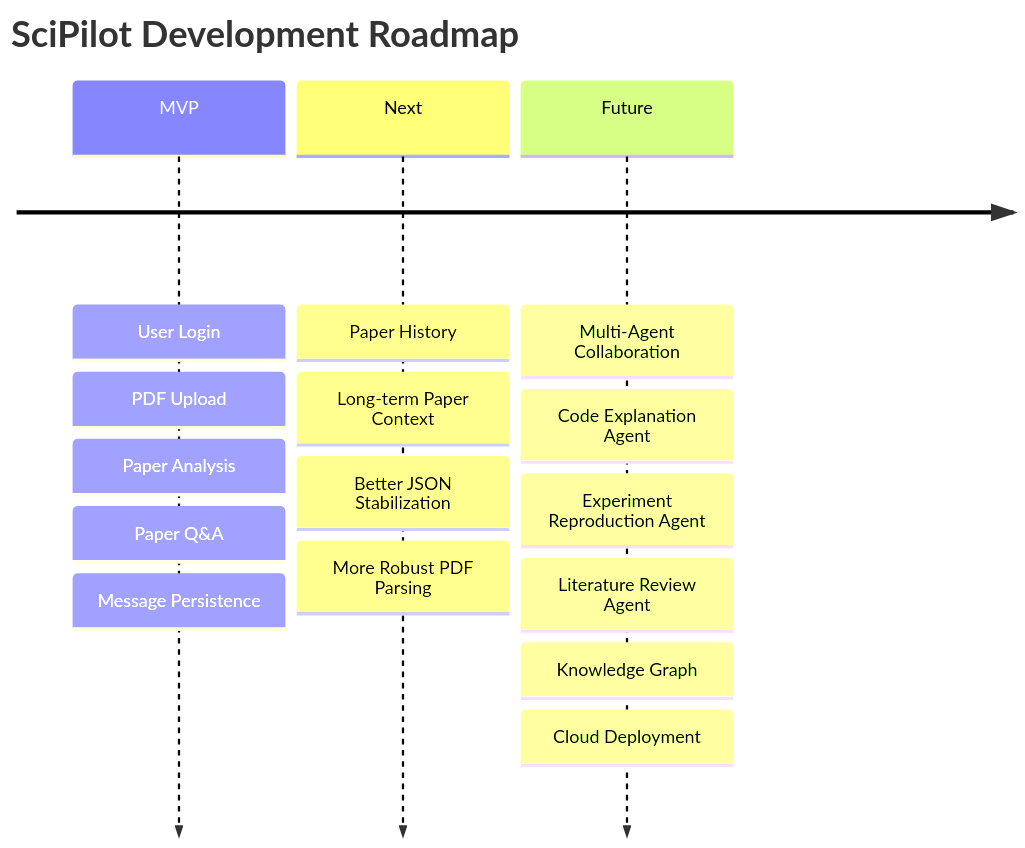
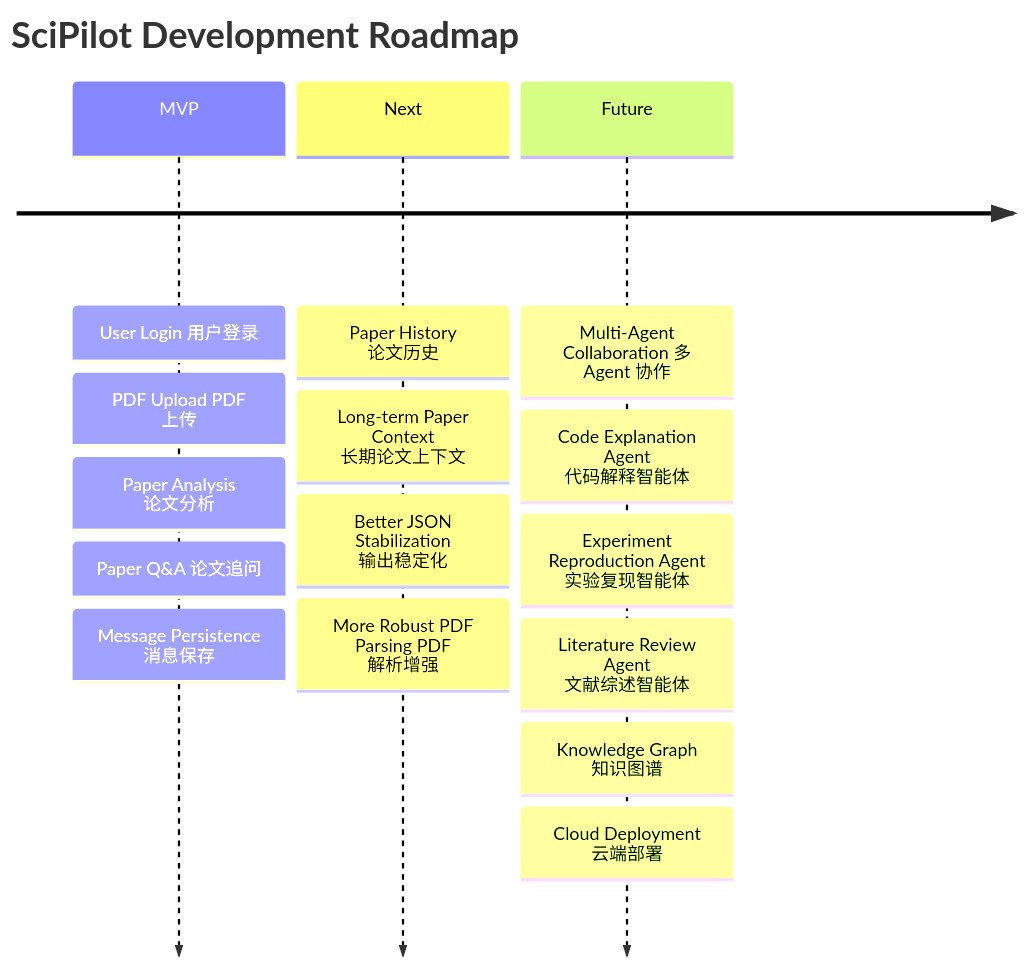
One commit to telitor/SciPilot changed the fifth of 5 diagrams in README.md. Above: the diagram before and after it, drawn with Mermaid. The commit also changed other lines of this file, not shown here.

````diff
--- a/README.md
+++ b/README.md
@@ -406,25 +408,25 @@
 ```mermaid
 timeline
     title SciPilot Development Roadmap
 
     MVP
-      : User Login
-      : PDF Upload
-      : Paper Analysis
-      : Paper Q&A
-      : Message Persistence
+      : User Login 用户登录
+      : PDF Upload PDF 上传
+      : Paper Analysis 论文分析
+      : Paper Q&A 论文追问
+      : Message Persistence 消息保存
 
     Next
-      : Paper History
-      : Long-term Paper Context
-      : Better JSON Stabilization
-      : More Robust PDF Parsing
+      : Paper History 论文历史
+      : Long-term Paper Context 长期论文上下文
+      : Better JSON Stabilization 输出稳定化
+      : More Robust PDF Parsing PDF 解析增强
 
     Future
-      : Multi-Agent Collaboration
-      : Code Explanation Agent
-      : Experiment Reproduction Agent
-      : Literature Review Agent
-      : Knowledge Graph
-      : Cloud Deployment
+      : Multi-Agent Collaboration 多 Agent 协作
+      : Code Explanation Agent 代码解释智能体
+      : Experiment Reproduction Agent 实验复现智能体
+      : Literature Review Agent 文献综述智能体
+      : Knowledge Graph 知识图谱
+      : Cloud Deployment 云端部署
 ```
````
